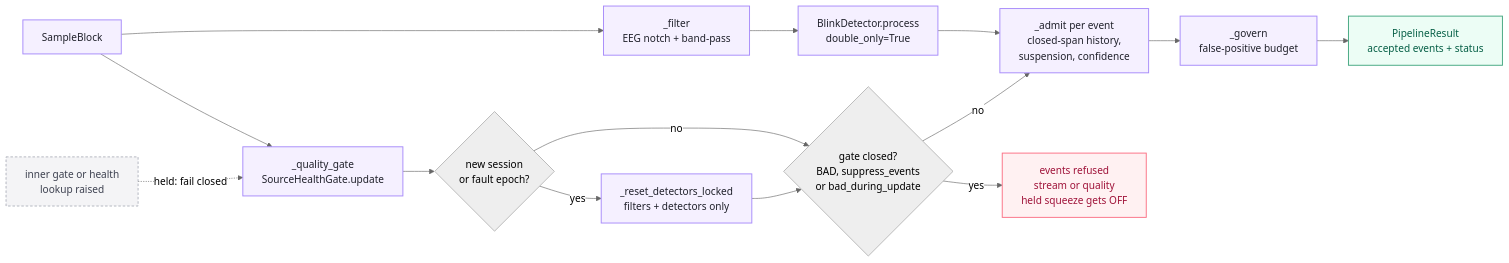
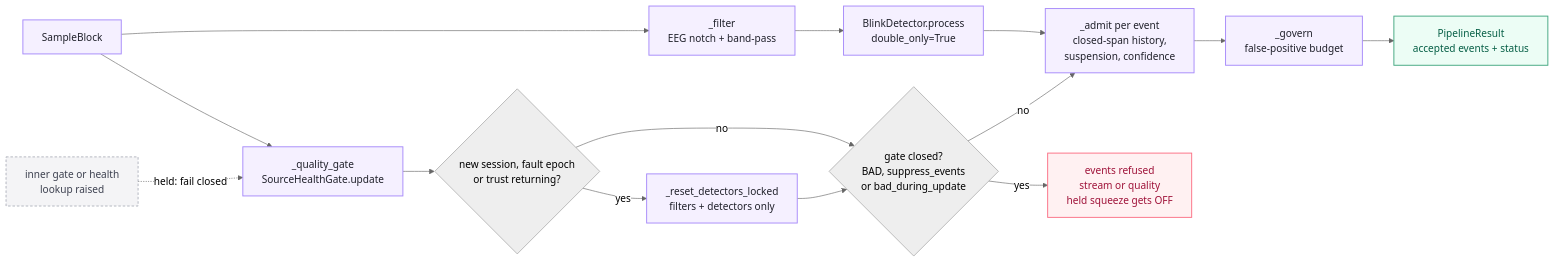
One commit to MSKazemi/yazses changed the second of 6 diagrams in design/biosignal/thinkgear-flowcharts.md. Above: the diagram before and after it, drawn with Mermaid (neutral theme). The commit also changed other lines of this file, not shown here.

First line of the commit message:
docs(biosignal): retarget the ThinkGear flowcharts to the rebased stack

````diff
--- a/design/biosignal/thinkgear-flowcharts.md
+++ b/design/biosignal/thinkgear-flowcharts.md
@@ -112,21 +113,21 @@
 ```mermaid
 flowchart LR
     classDef normal  fill:#f5f0ff,stroke:#a78bfa,stroke-width:1.5px,color:#20212b
     classDef success fill:#ecfdf5,stroke:#43a780,stroke-width:1.5px,color:#065f46
     classDef failure fill:#fff1f2,stroke:#fb7185,stroke-width:1.5px,color:#9f1239
     classDef muted   fill:#f4f4f6,stroke:#8c91a0,stroke-width:1px,stroke-dasharray:4 3,color:#3d4150
 
     B[SampleBlock]:::normal --> QG[_quality_gate<br/>SourceHealthGate.update]:::normal
     B --> FL[_filter<br/>EEG notch + band-pass]:::normal
-    QG --> RS{new session<br/>or fault epoch?}
+    QG --> RS{new session, fault epoch<br/>or trust returning?}
     RS -->|yes| RD[_reset_detectors_locked<br/>filters + detectors only]:::normal
     RS -->|no| C{gate closed?<br/>BAD, suppress_events<br/>or bad_during_update}
     RD --> C
     FL --> BD[BlinkDetector.process<br/>double_only=True]:::normal
     BD --> AD[_admit per event<br/>closed-span history,<br/>suspension, confidence]:::normal
     C -->|yes| DROP[events refused<br/>stream or quality<br/>held squeeze gets OFF]:::failure
     C -->|no| AD
     AD --> GOV[_govern<br/>false-positive budget]:::normal
     GOV --> OUT[PipelineResult<br/>accepted events + status]:::success
     QX[inner gate or health<br/>lookup raised]:::muted -.->|held: fail closed| QG
 ```
````
